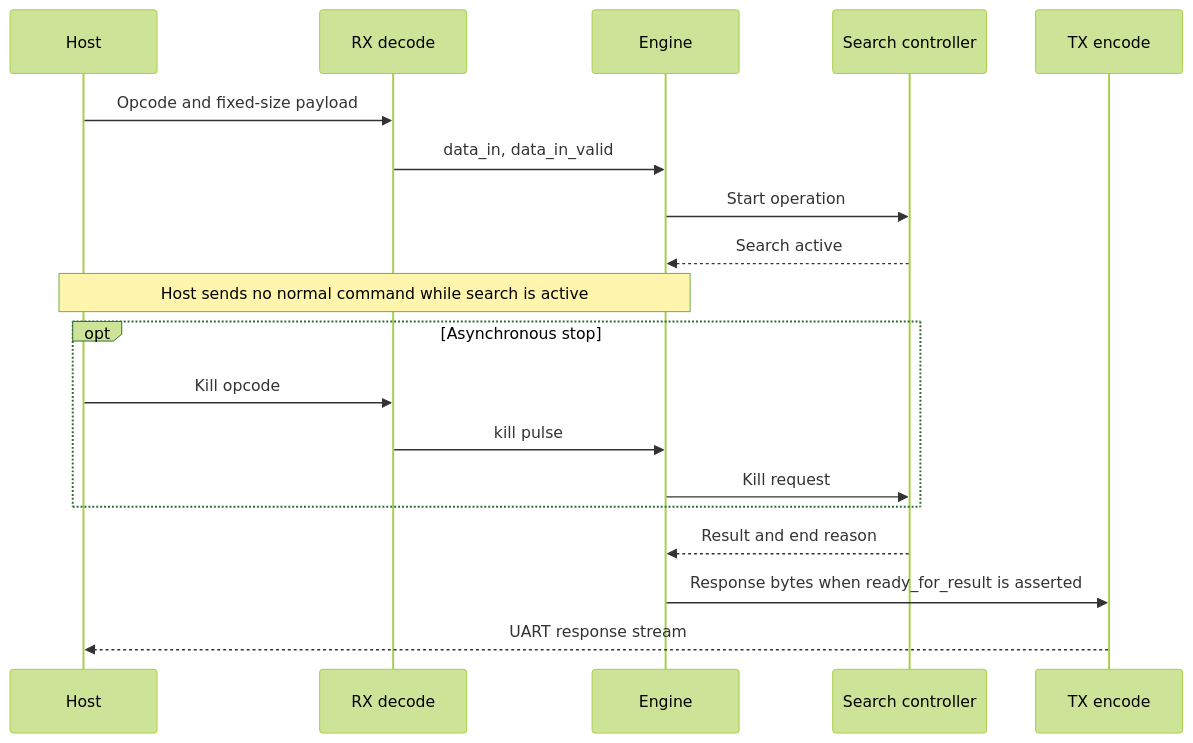
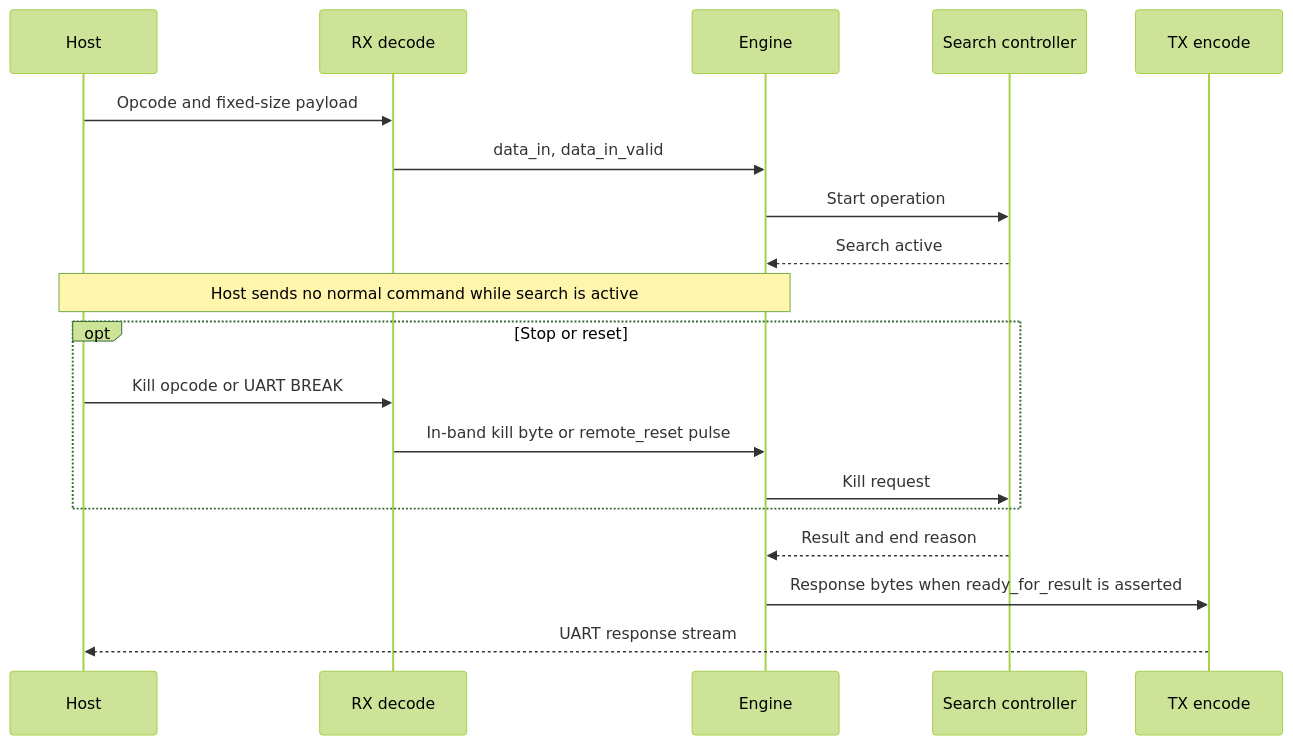
One commit to 3met/FPGA-Chess changed the diagram in docs/protocols/laptop-fpga-communication.md. Above: the diagram before and after it, drawn with Mermaid (forest theme). The commit also changed other lines of this file and 16 other files, not shown here.

````diff
--- a/docs/protocols/laptop-fpga-communication.md
+++ b/docs/protocols/laptop-fpga-communication.md
@@ -26,22 +27,22 @@
 ```mermaid
 sequenceDiagram
     participant Host
     participant RX as RX decode
     participant Engine
     participant Search as Search controller
     participant TX as TX encode
 
     Host->>RX: Opcode and fixed-size payload
     RX->>Engine: data_in, data_in_valid
     Engine->>Search: Start operation
     Search-->>Engine: Search active
     Note over Host,Engine: Host sends no normal command while search is active
-    opt Asynchronous stop
-        Host->>RX: Kill opcode
-        RX->>Engine: kill pulse
+    opt Stop or reset
+        Host->>RX: Kill opcode or UART BREAK
+        RX->>Engine: In-band kill byte or remote_reset pulse
         Engine->>Search: Kill request
     end
     Search-->>Engine: Result and end reason
     Engine->>TX: Response bytes when ready_for_result is asserted
     TX-->>Host: UART response stream
 ```
````
